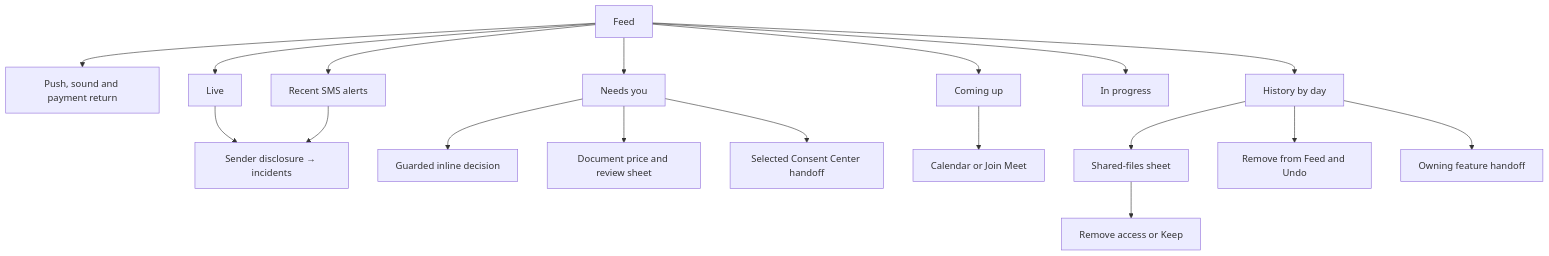
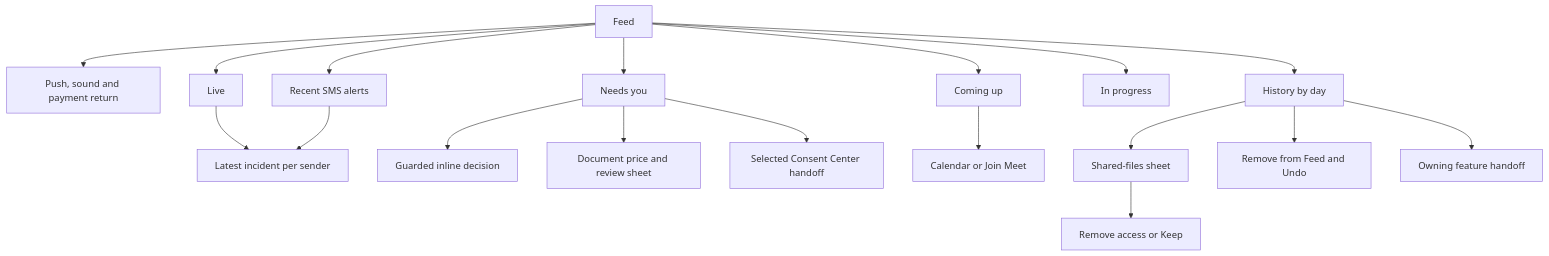
The diagram in hushh-webapp/docs/ui-contracts/feed.md (hushh-labs/hushh-research), drawn with Mermaid before and after one commit. The commit also changed other lines of this file and 27 other files, not shown here.

````diff
--- a/hushh-webapp/docs/ui-contracts/feed.md
+++ b/hushh-webapp/docs/ui-contracts/feed.md
@@ -13,20 +34,20 @@
 ```mermaid
 flowchart TD
   feed["Feed"] --> prompts["Push, sound and payment return"]
   feed --> live["Live"]
   feed --> needs["Needs you"]
   feed --> recentSms["Recent SMS alerts"]
-  live --> sms["Sender disclosure → incidents"]
+  live --> sms["Latest incident per sender"]
   recentSms --> sms
   feed --> upcoming["Coming up"]
   feed --> progress["In progress"]
   feed --> history["History by day"]
   needs --> inline["Guarded inline decision"]
   needs --> price["Document price and review sheet"]
   needs --> consent["Selected Consent Center handoff"]
   upcoming --> calendar["Calendar or Join Meet"]
   history --> files["Shared-files sheet"]
   files --> removal["Remove access or Keep"]
   history --> dismiss["Remove from Feed and Undo"]
   history --> routes["Owning feature handoff"]
 ```
````
